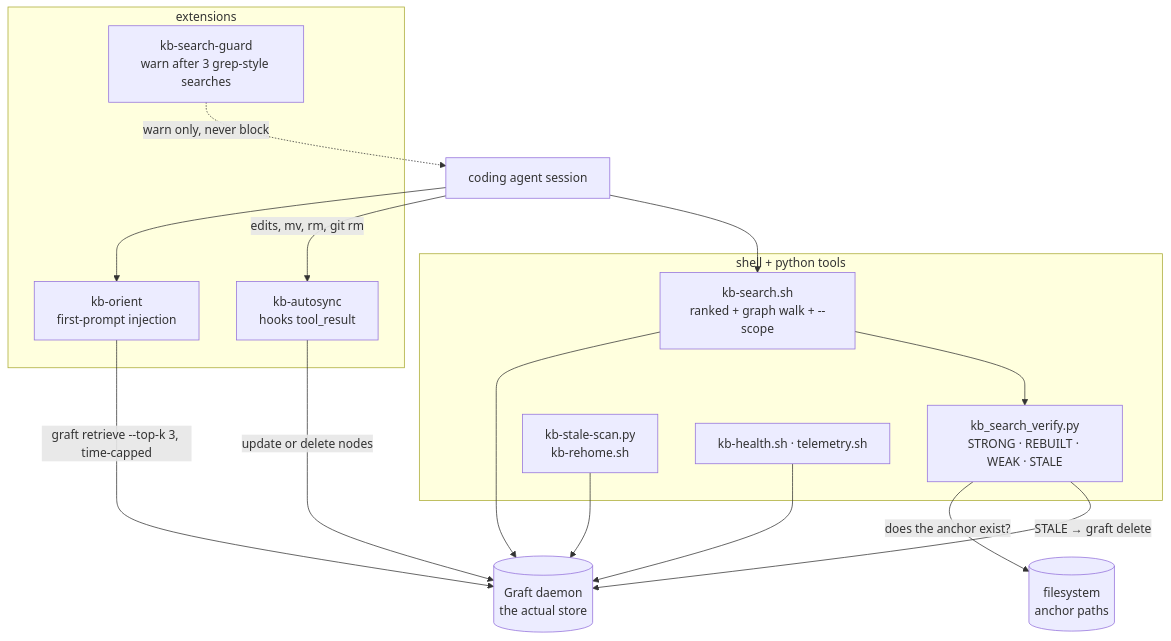
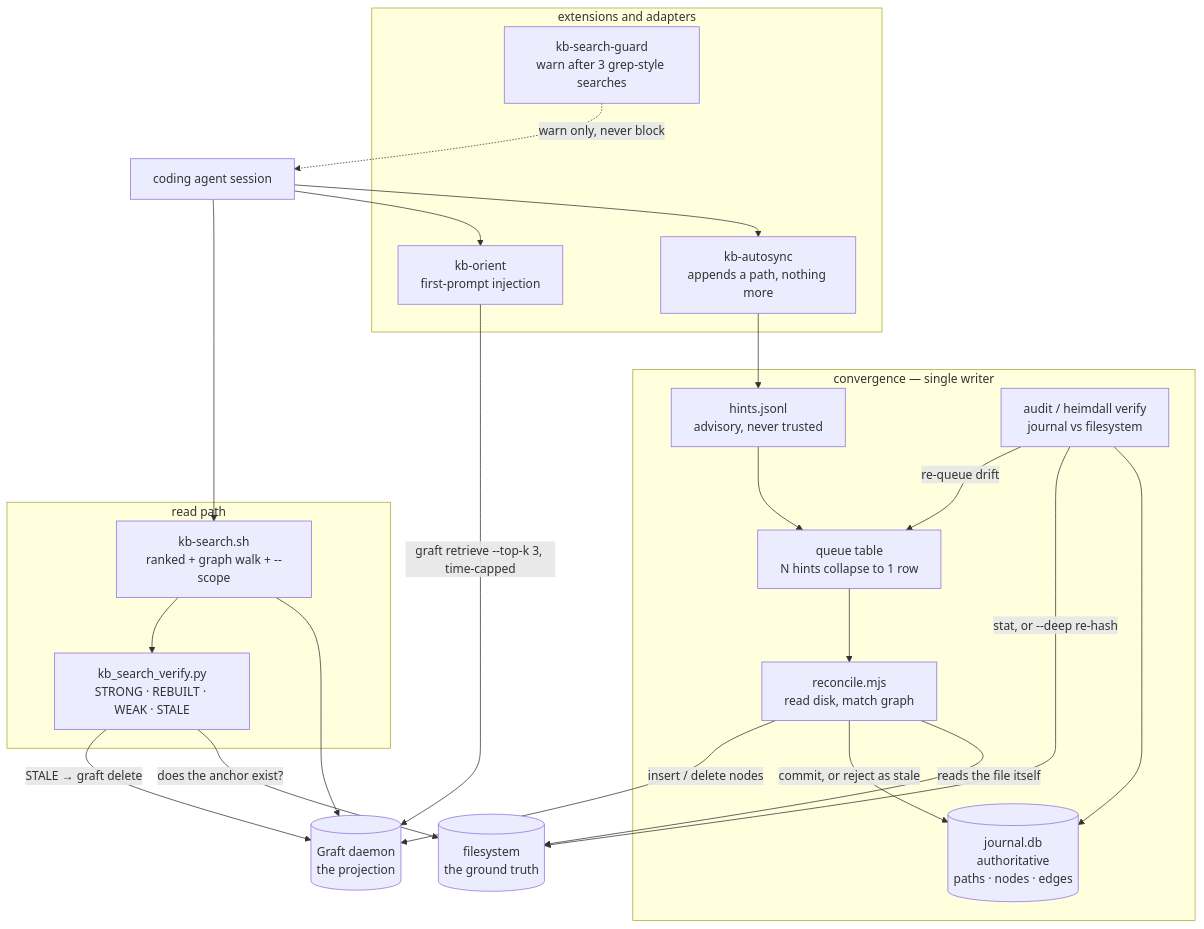
Before and after one commit to neoneye/agent-memory-atlas: the diagram in content/systems/heimdall.md, drawn with Mermaid. The commit also changed other lines of this file and 10 other files, not shown here.

First line of the commit message:
heimdall re-pinned: the write path is now a reconciler that believes nothing

````diff
--- a/content/systems/heimdall.md
+++ b/content/systems/heimdall.md
@@ -97,31 +111,41 @@
 ```mermaid
 flowchart TD
-%% caption: the trust verdict is computed at read time by checking whether the note's anchor path still exists, and it becomes the primary sort key — a better-scoring hit whose file is gone ranks below a verified one
+%% caption: two accuracy mechanisms over one store — a level-triggered reconciler that never believes a hint and rebuilds the graph from disk, and a read-time verifier that recomputes a verdict per hit; both delete Graft nodes and neither reads the other's record
     AGENT["coding agent session"]
 
-    subgraph ext["extensions"]
+    subgraph ext["extensions and adapters"]
         ORIENT["kb-orient<br/>first-prompt injection"]
         GUARD["kb-search-guard<br/>warn after 3 grep-style searches"]
-        SYNC["kb-autosync<br/>hooks tool_result"]
+        SYNC["kb-autosync<br/>appends a path, nothing more"]
     end
 
-    subgraph bin["shell + python tools"]
+    subgraph conv["convergence — single writer"]
+        HINTS["hints.jsonl<br/>advisory, never trusted"]
+        QUEUE["queue table<br/>N hints collapse to 1 row"]
+        REC["reconcile.mjs<br/>read disk, match graph"]
+        JOURNAL[("journal.db<br/>authoritative<br/>paths · nodes · edges")]
+        AUDIT["audit / heimdall verify<br/>journal vs filesystem"]
+    end
+
+    subgraph read["read path"]
         SEARCH["kb-search.sh<br/>ranked + graph walk + --scope"]
         VERIFY["kb_search_verify.py<br/>STRONG · REBUILT · WEAK · STALE"]
-        STALE["kb-stale-scan.py<br/>kb-rehome.sh"]
-        HEALTH["kb-health.sh · telemetry.sh"]
     end
 
-    GRAFT[("Graft daemon<br/>the actual store")]
-    FS[("filesystem<br/>anchor paths")]
+    GRAFT[("Graft daemon<br/>the projection")]
+    FS[("filesystem<br/>the ground truth")]
 
+    AGENT --> SYNC --> HINTS --> QUEUE --> REC
+    REC -->|"reads the file itself"| FS
+    REC -->|"commit, or reject as stale"| JOURNAL
+    REC -->|"insert / delete nodes"| GRAFT
+    AUDIT --> JOURNAL
+    AUDIT -->|"stat, or --deep re-hash"| FS
+    AUDIT -->|"re-queue drift"| QUEUE
     AGENT --> ORIENT -->|"graft retrieve --top-k 3, time-capped"| GRAFT
     AGENT --> SEARCH --> GRAFT
     SEARCH --> VERIFY
     VERIFY -->|"does the anchor exist?"| FS
     VERIFY -->|"STALE → graft delete"| GRAFT
-    AGENT -->|"edits, mv, rm, git rm"| SYNC -->|"update or delete nodes"| GRAFT
     GUARD -.->|"warn only, never block"| AGENT
-    STALE --> GRAFT
-    HEALTH --> GRAFT
 ```
````
